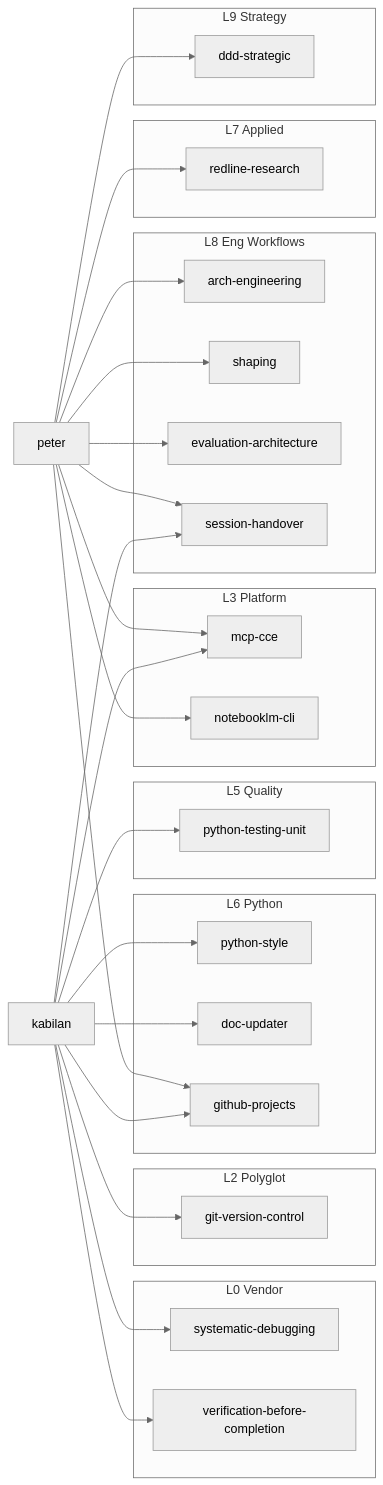
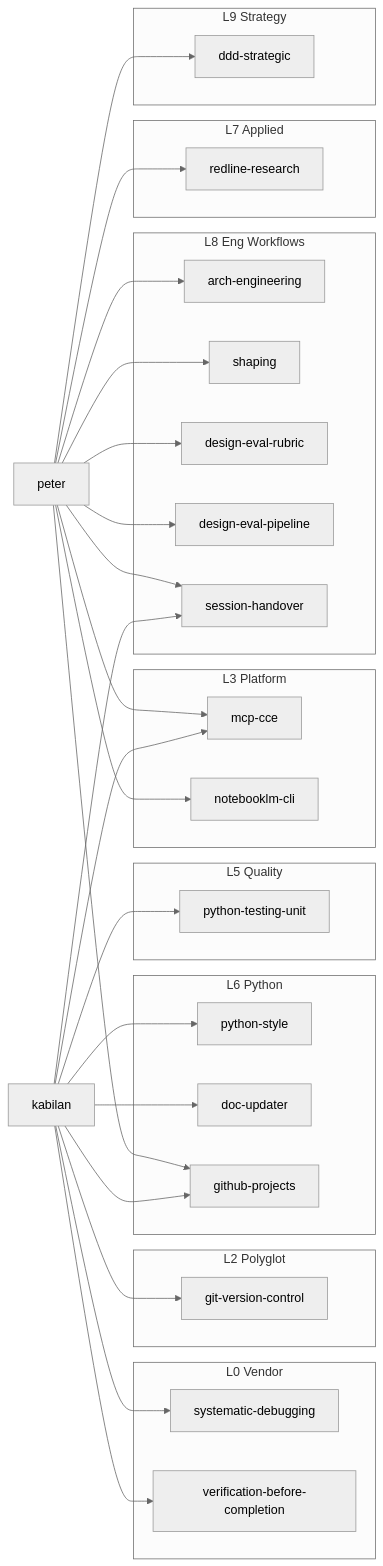
Before and after one commit to redmarklogic/redline: the first of 3 diagrams in docs/architecture/skills-architecture.md, drawn with Mermaid (neutral theme). The commit also changed other lines of this file and 1 other file, not shown here.

First line of the commit message:
docs: update skills architecture doc and spec-016 audit log

````diff
--- a/docs/architecture/skills-architecture.md
+++ b/docs/architecture/skills-architecture.md
@@ -284,64 +287,66 @@
 ```mermaid
 graph LR
     kab[kabilan]
     pet[peter]
 
     subgraph L0[L0 Vendor]
         sysd[systematic-debugging]
         vbc[verification-before-completion]
     end
 
     subgraph L2[L2 Polyglot]
         gvc[git-version-control]
     end
 
     subgraph L3[L3 Platform]
         cce[mcp-cce]
         nlm[notebooklm-cli]
     end
 
     subgraph L5[L5 Quality]
         ptu[python-testing-unit]
     end
 
     subgraph L6[L6 Python]
         pst[python-style]
         du[doc-updater]
         ghp[github-projects]
     end
 
     subgraph L7[L7 Applied]
         rr[redline-research]
     end
 
     subgraph L8[L8 Eng Workflows]
         ae[arch-engineering]
         shp[shaping]
-        evl[evaluation-architecture]
+        der[design-eval-rubric]
+        dep[design-eval-pipeline]
         sh[session-handover]
     end
 
     subgraph L9[L9 Strategy]
         ddd[ddd-strategic]
     end
 
     kab --> pst
     kab --> ptu
     kab --> sysd
     kab --> gvc
     kab --> du
     kab --> vbc
     kab --> cce
     kab --> sh
     kab --> ghp
 
     pet --> ae
     pet --> shp
-    pet --> evl
+    pet --> der
+    pet --> dep
     pet --> ddd
     pet --> rr
     pet --> nlm
     pet --> cce
     pet --> sh
     pet --> ghp
 ```
````
